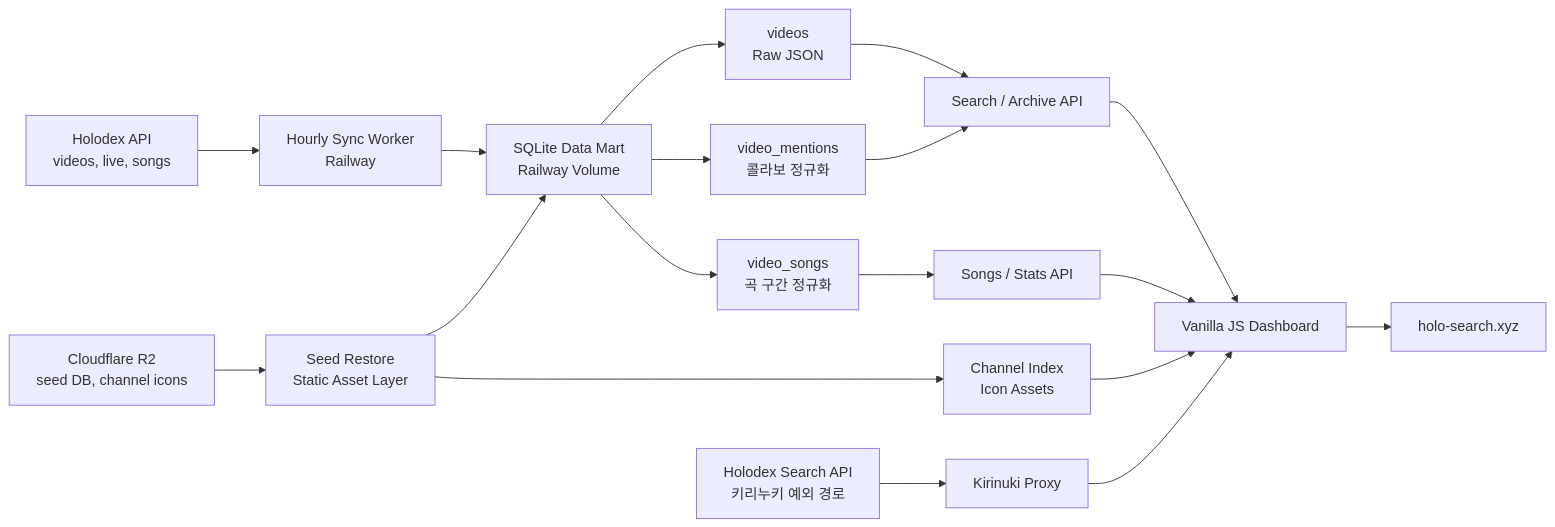
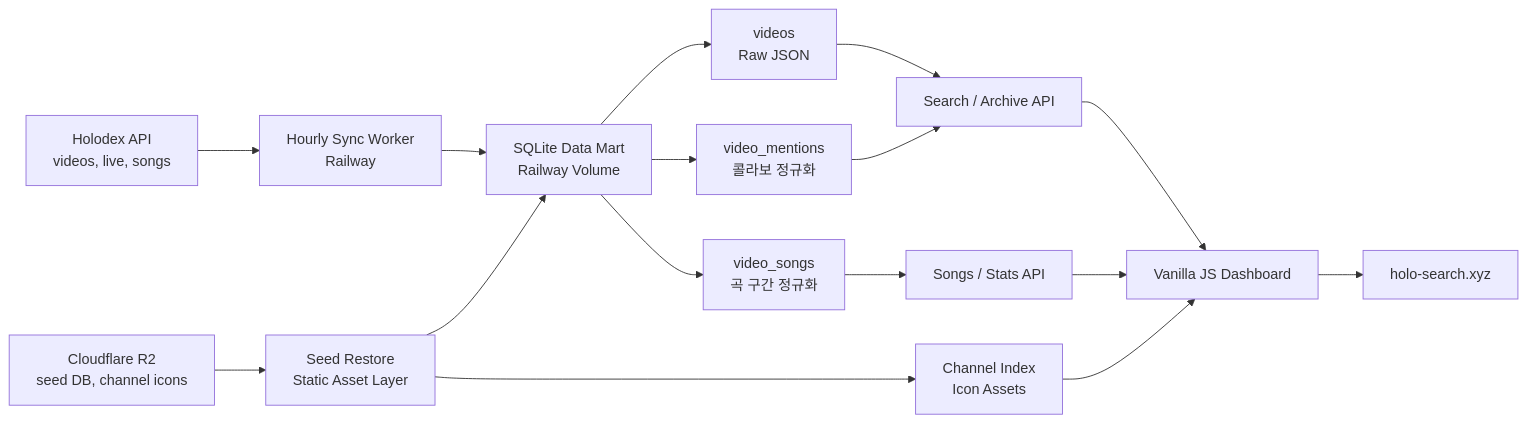
One commit to Fiamma445/Holodex-Api-Data-Search-Project changed the second of 2 diagrams in README.md. Above: the diagram before and after it, drawn with Mermaid. The commit also changed other lines of this file and 7 other files, not shown here.

````diff
--- a/README.md
+++ b/README.md
@@ -56,20 +55,18 @@
 ```mermaid
 flowchart LR
     A["Holodex API<br/>videos, live, songs"] --> B["Hourly Sync Worker<br/>Railway"]
     B --> C["SQLite Data Mart<br/>Railway Volume"]
     C --> D["videos<br/>Raw JSON"]
     C --> E["video_mentions<br/>콜라보 정규화"]
     C --> F["video_songs<br/>곡 구간 정규화"]
     R["Cloudflare R2<br/>seed DB, channel icons"] --> S["Seed Restore<br/>Static Asset Layer"]
     S --> C
     S --> I["Channel Index<br/>Icon Assets"]
     D --> G["Search / Archive API"]
     E --> G
     F --> H["Songs / Stats API"]
-    K["Holodex Search API<br/>키리누키 예외 경로"] --> L["Kirinuki Proxy"]
     G --> U["Vanilla JS Dashboard"]
     H --> U
     I --> U
-    L --> U
     U --> V["holo-search.xyz"]
 ```
````
